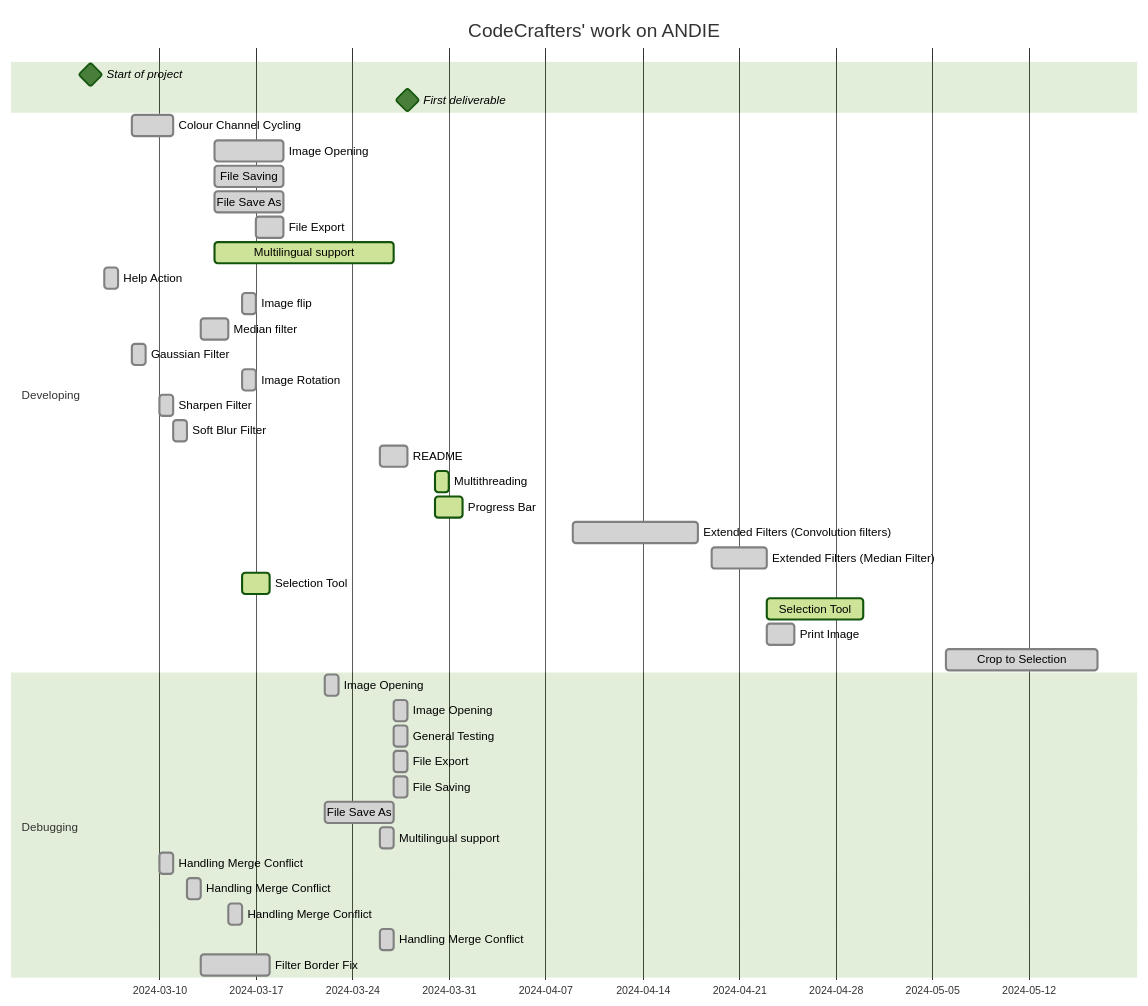
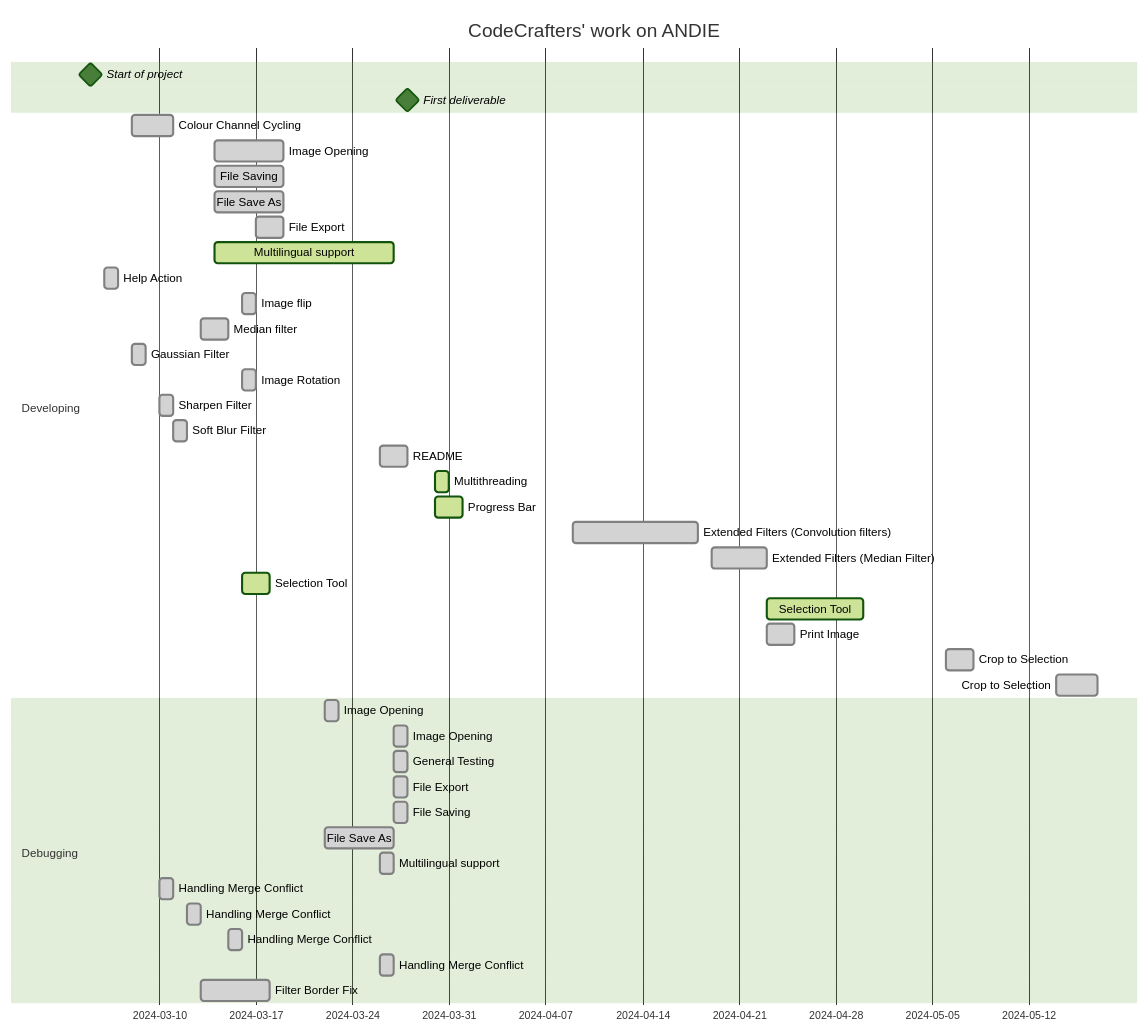
The diagram in README.md (greateden/ANDIE-CodeCrafters), drawn with Mermaid before and after one commit.

Commit message:
README updated

````diff
--- a/README.md
+++ b/README.md
@@ -168,54 +168,55 @@
 ```mermaid
 
 %% CodeCrafters' Gantt Chart for our work on ANDIE
 %%{init: {'theme':'forest'}}%%
         gantt
         title CodeCrafters' work on ANDIE
         dateFormat  DD-MM-YYYY
         Start of project: milestone, m1,05-03-2024,
         First deliverable: milestone, m2, 28-03-2024,
 
         section Developing
             Colour Channel Cycling              :done, des1, 08-03-2024, 3d
             Image Opening                       :done,  des2, 14-03-2024, 19-03-2024
             File Saving                         :done,  des2, 14-03-2024, 19-03-2024
             File Save As                        :done,  des2, 14-03-2024, 19-03-2024
             File Export                         :done,  des2, 17-03-2024, 19-03-2024
             Multilingual support                :active, des2, 14-03-2024, 27-03-2024
             Help Action                         :done, des1, 06-03-2024, 07-03-2024
             Image flip                          :done, des1, 16-03-2024, 17-03-2024
             Median filter                       :done, des2, 13-03-2024, 15-03-2024
             Gaussian Filter               :done, 08-03-2024, 09-03-2024
             Image Rotation                :done, 16-03-2024, 17-03-2024
             Sharpen Filter                 :done, des2, 10-03-2024, 11-03-2024
             Soft Blur Filter               :done, des2, 11-03-2024, 12-03-2024
             README                         :done, des2, 26-03-2024, 28-03-2024
             Multithreading                :active, des2, 30-03-2024, 31-03-2024
             Progress Bar                   :active, des2, 30-03-2024, 01-04-2024
             Extended Filters (Convolution filters) :done, des2, 09-04-2024, 18-04-2024
             Extended Filters (Median Filter) :done, des2, 19-04-2024, 23-04-2024
             Selection Tool                 :active, des2, 16-03-2024, 18-03-2024
             Selection Tool                 :active, des2, 23-04-2024, 30-04-2024
             Print Image                    :done, des2, 23-04-2024, 25-04-2024
-            Crop to Selection              :done, des2, 06-05-2024, 17-05-2024
+            Crop to Selection              :done, des2, 06-05-2024, 08-05-2024
+            Crop to Selection              :done, des2, 14-05-2024, 17-05-2024
 
 
 
 
         section Debugging
             Image Opening                      :done , 22-03-2024, 23-03-2024
             Image Opening                      :done , 27-03-2024, 28-03-2024
             General Testing                    :done, 27-03-2024, 28-03-2024
             File Export                         :done, 27-03-2024, 28-03-2024
             File Saving                         :done, 27-03-2024, 28-03-2024
             File Save As                        :done, 22-03-2024, 27-03-2024
             Multilingual support                :done, 26-03-2024, 27-03-2024
             Handling Merge Conflict             :done, 10-03-2024, 11-03-2024
             Handling Merge Conflict             :done, 12-03-2024, 13-03-2024
             Handling Merge Conflict             :done, 15-03-2024, 16-03-2024
             Handling Merge Conflict             :done, 26-03-2024, 27-03-2024
             Filter Border Fix                   :done, 13-03-2024, 18-03-2024
 
 
 
 ```
````
